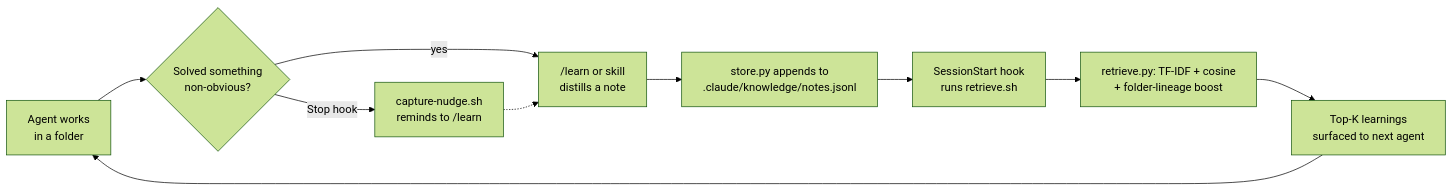
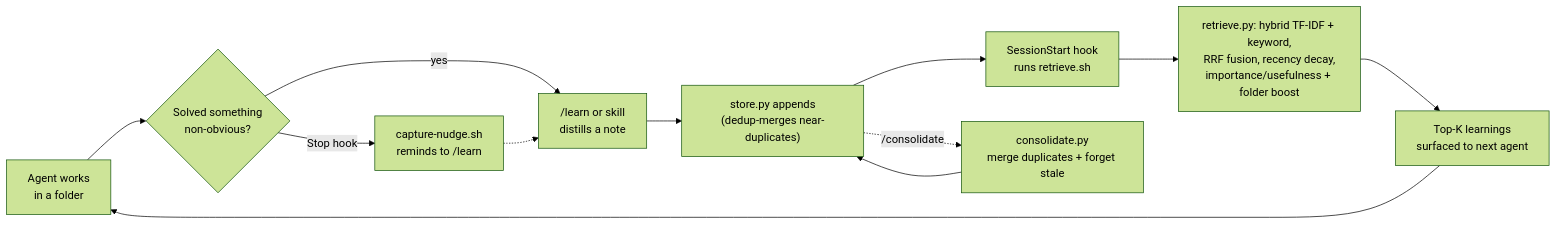
Before and after one commit to matthews-wong/claude-code-plugins: the diagram in plugins/knowledge-loop/README.md, drawn with Mermaid (forest theme). The commit also changed other lines of this file and 10 other files, not shown here.

Commit message:
knowledge-loop v1.1: hybrid RRF retrieval, recency decay, importance/access weighting, dedup + consolidation

````diff
--- a/plugins/knowledge-loop/README.md
+++ b/plugins/knowledge-loop/README.md
@@ -19,12 +23,14 @@
 ```mermaid
 flowchart LR
     A[Agent works<br/>in a folder] --> B{Solved something<br/>non-obvious?}
     B -- yes --> C["/learn or skill<br/>distills a note"]
-    C --> D[store.py appends to<br/>.claude/knowledge/notes.jsonl]
+    C --> D["store.py appends<br/>(dedup-merges near-duplicates)"]
     B -- "Stop hook" --> N[capture-nudge.sh<br/>reminds to /learn]
     N -.-> C
     D --> E[SessionStart hook<br/>runs retrieve.sh]
-    E --> F["retrieve.py: TF-IDF + cosine<br/>+ folder-lineage boost"]
+    E --> F["retrieve.py: hybrid TF-IDF + keyword,<br/>RRF fusion, recency decay,<br/>importance/usefulness + folder boost"]
     F --> G[Top-K learnings<br/>surfaced to next agent]
     G --> A
+    D -. "/consolidate" .-> K[consolidate.py<br/>merge duplicates + forget stale]
+    K --> D
 ```
````
